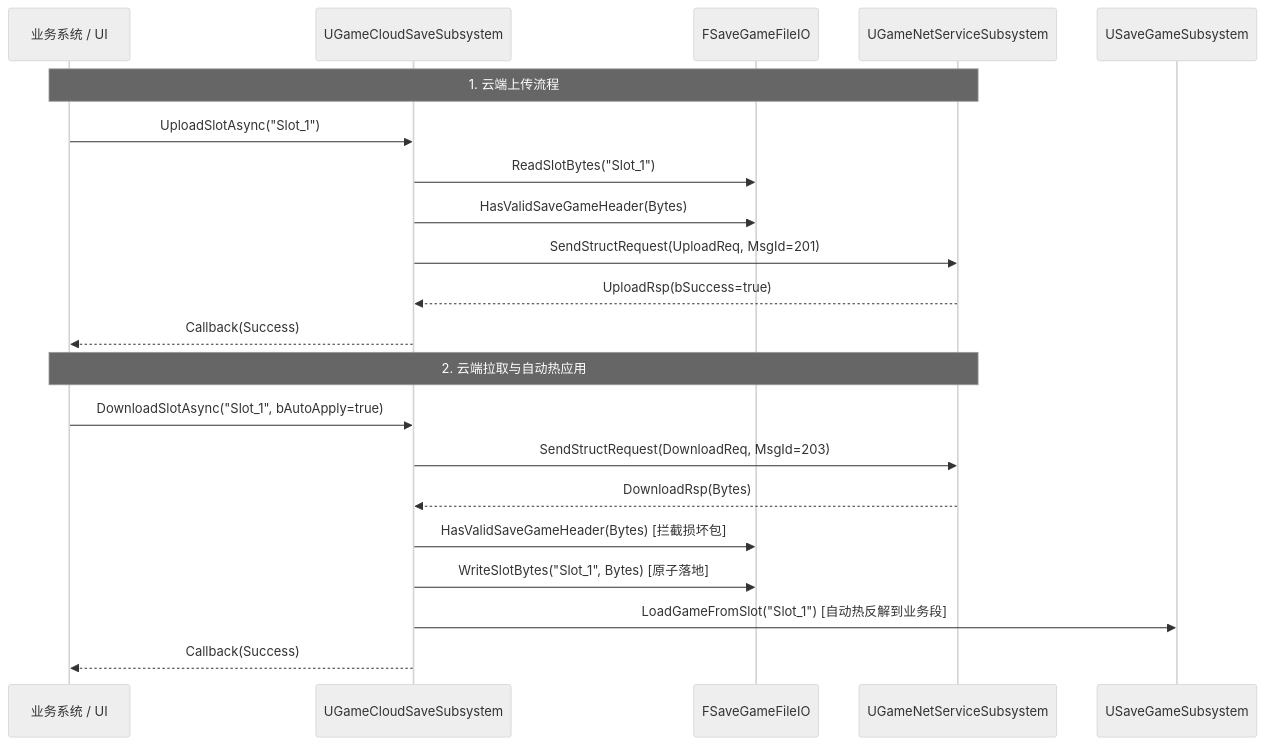
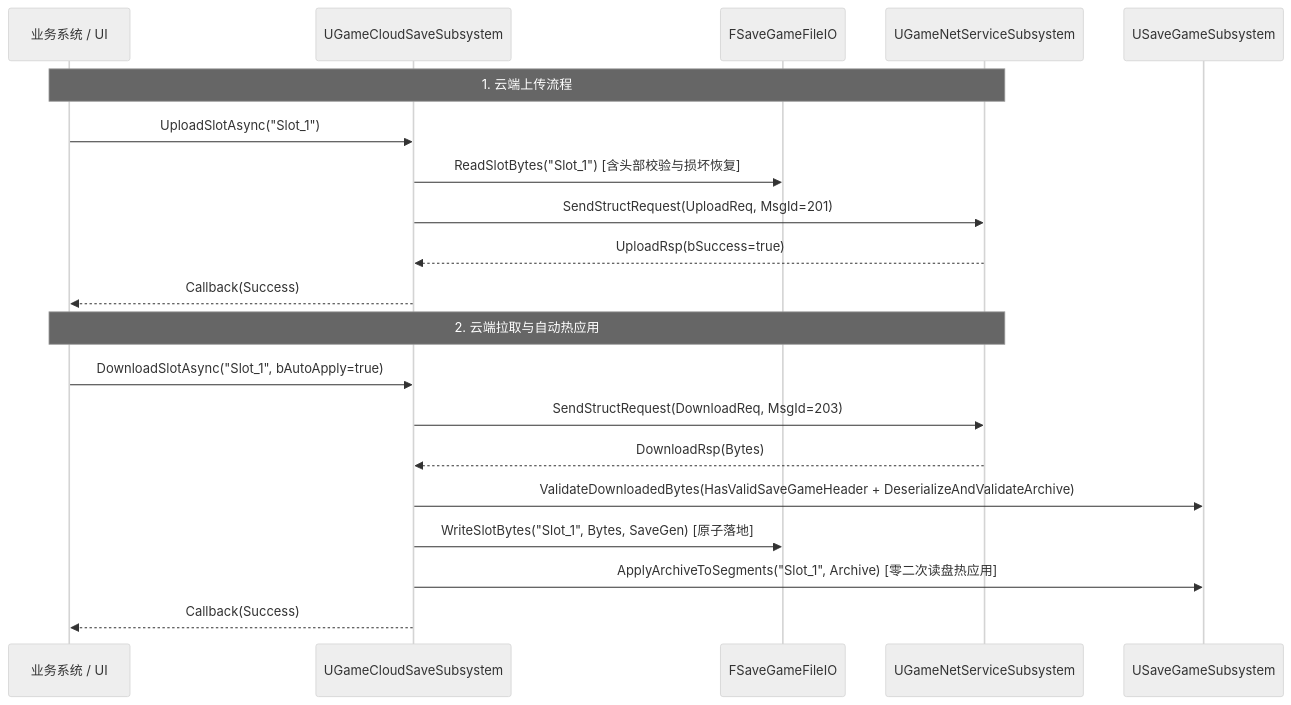
One commit to YIice-cwj/ue5-toolkit changed the second of 2 diagrams in Plugins/GameData/Docs/Architecture/PersistenceArchitecture.md. Above: the diagram before and after it, drawn with Mermaid (neutral theme). The commit also changed other lines of this file and 49 other files, not shown here.

````diff
--- a/Plugins/GameData/Docs/Architecture/PersistenceArchitecture.md
+++ b/Plugins/GameData/Docs/Architecture/PersistenceArchitecture.md
@@ -108,25 +108,24 @@
 ```mermaid
 sequenceDiagram
     participant Game as 业务系统 / UI
     participant Cloud as UGameCloudSaveSubsystem
     participant FileIO as FSaveGameFileIO
     participant Net as UGameNetServiceSubsystem
     participant SaveSys as USaveGameSubsystem
 
     Note over Game,Net: 1. 云端上传流程
     Game->>Cloud: UploadSlotAsync("Slot_1")
-    Cloud->>FileIO: ReadSlotBytes("Slot_1")
-    Cloud->>FileIO: HasValidSaveGameHeader(Bytes)
+    Cloud->>FileIO: ReadSlotBytes("Slot_1") [含头部校验与损坏恢复]
     Cloud->>Net: SendStructRequest(UploadReq, MsgId=201)
     Net-->>Cloud: UploadRsp(bSuccess=true)
     Cloud-->>Game: Callback(Success)
 
     Note over Game,Net: 2. 云端拉取与自动热应用
     Game->>Cloud: DownloadSlotAsync("Slot_1", bAutoApply=true)
     Cloud->>Net: SendStructRequest(DownloadReq, MsgId=203)
     Net-->>Cloud: DownloadRsp(Bytes)
-    Cloud->>FileIO: HasValidSaveGameHeader(Bytes) [拦截损坏包]
-    Cloud->>FileIO: WriteSlotBytes("Slot_1", Bytes) [原子落地]
-    Cloud->>SaveSys: LoadGameFromSlot("Slot_1") [自动热反解到业务段]
+    Cloud->>SaveSys: ValidateDownloadedBytes(HasValidSaveGameHeader + DeserializeAndValidateArchive)
+    Cloud->>FileIO: WriteSlotBytes("Slot_1", Bytes, SaveGen) [原子落地]
+    Cloud->>SaveSys: ApplyArchiveToSegments("Slot_1", Archive) [零二次读盘热应用]
     Cloud-->>Game: Callback(Success)
 ```
````
